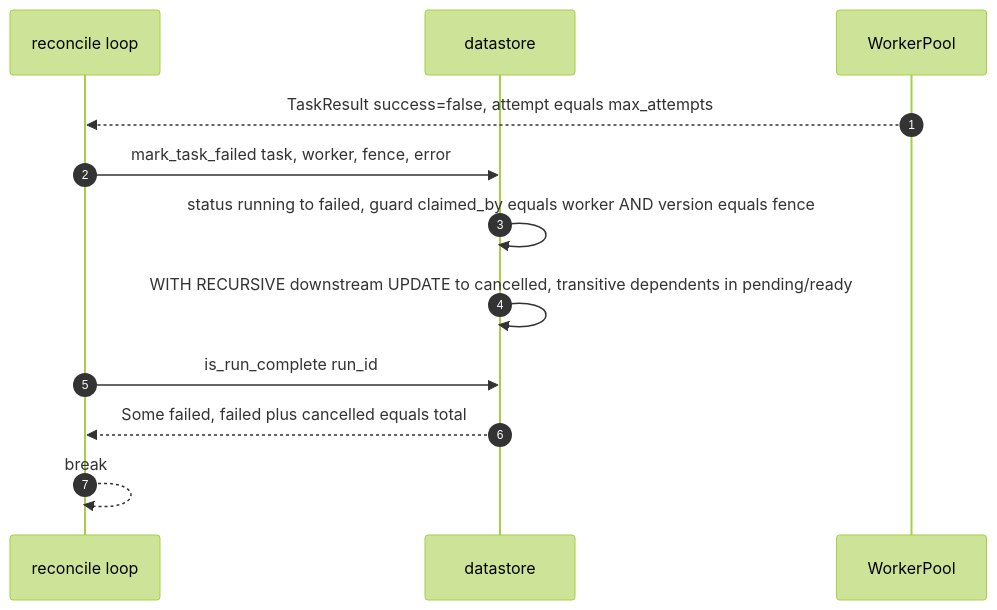
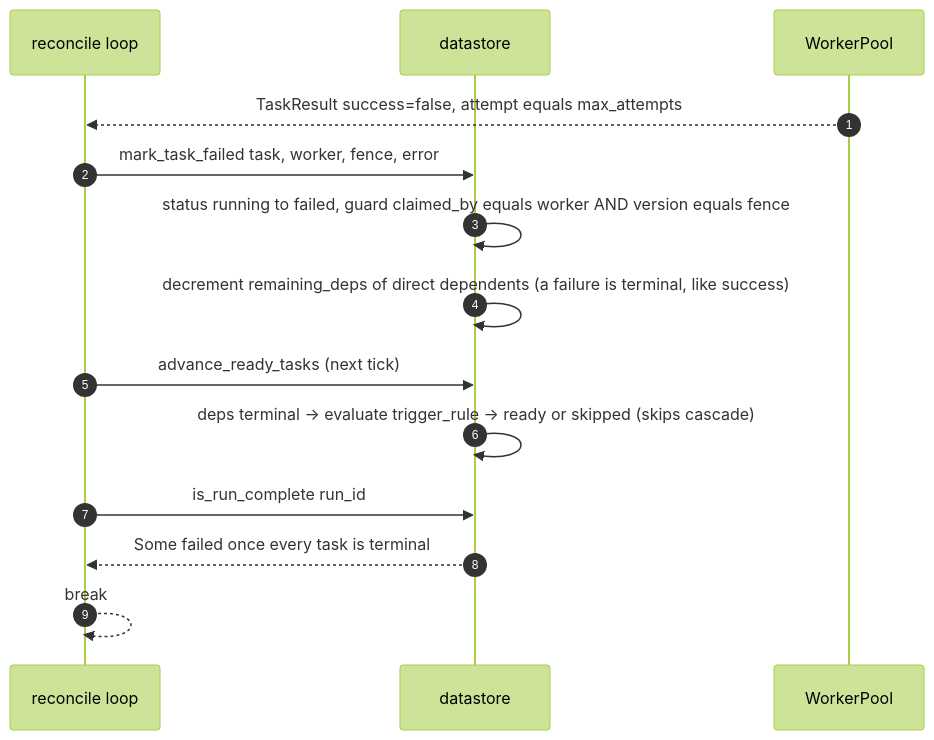
One commit to lucheeseng827/dagron changed the ninth of 14 diagrams in docs/ARCHITECTURE.md. Above: the diagram before and after it, drawn with Mermaid (forest theme). The commit also changed other lines of this file and 99 other files, not shown here.

````diff
--- a/docs/ARCHITECTURE.md
+++ b/docs/ARCHITECTURE.md
@@ -363,15 +396,17 @@
 ```mermaid
 sequenceDiagram
     autonumber
     participant Lp as reconcile loop
     participant DB as datastore
     participant WP as WorkerPool
 
     WP-->>Lp: TaskResult success=false, attempt equals max_attempts
     Lp->>DB: mark_task_failed task, worker, fence, error
     DB->>DB: status running to failed, guard claimed_by equals worker AND version equals fence
-    DB->>DB: WITH RECURSIVE downstream UPDATE to cancelled, transitive dependents in pending/ready
+    DB->>DB: decrement remaining_deps of direct dependents (a failure is terminal, like success)
+    Lp->>DB: advance_ready_tasks (next tick)
+    DB->>DB: deps terminal → evaluate trigger_rule → ready or skipped (skips cascade)
     Lp->>DB: is_run_complete run_id
-    DB-->>Lp: Some failed, failed plus cancelled equals total
+    DB-->>Lp: Some failed once every task is terminal
     Lp-->>Lp: break
 ```
````
